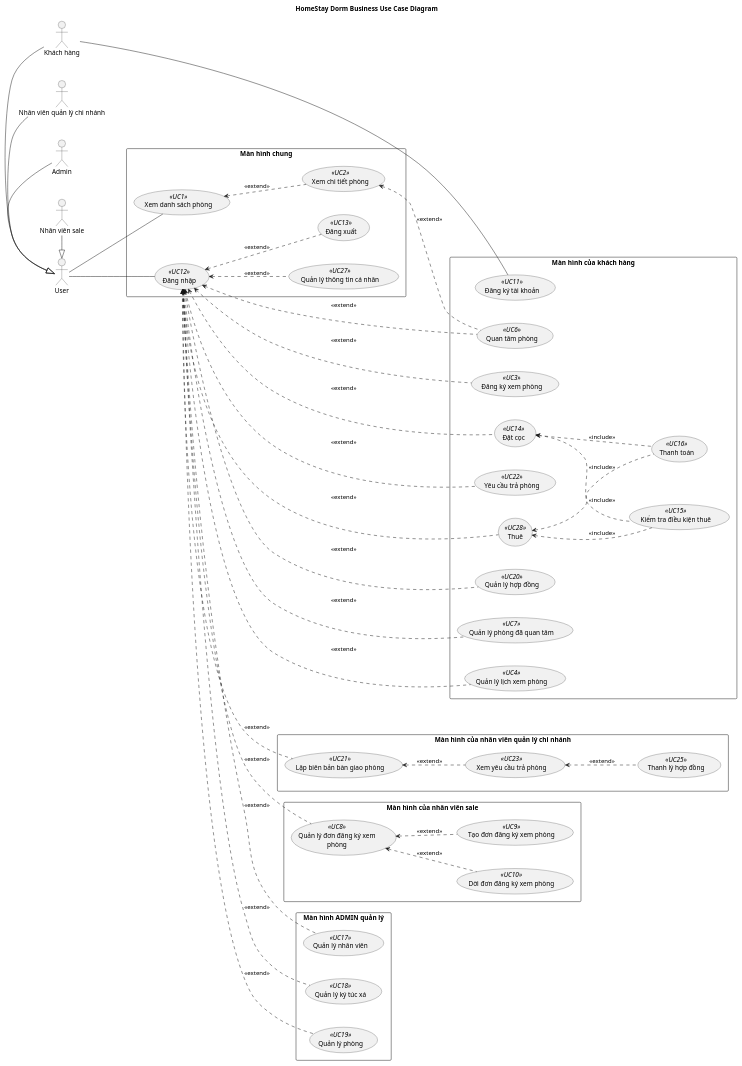
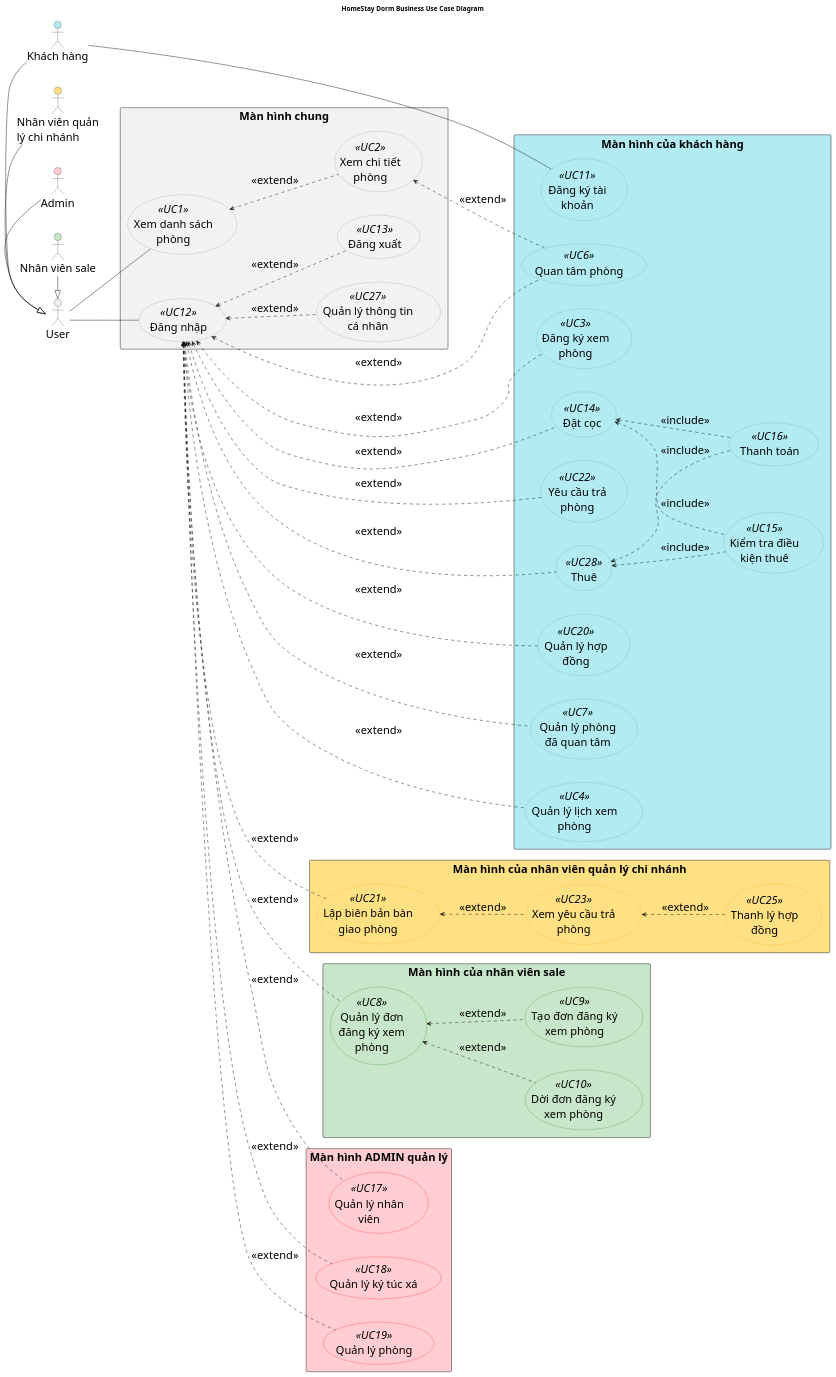
Before and after one commit to Gnourt812005/HCMUS-Analyze-and-desgin-IS: the diagram in doc/system/use-case/Main_UseCaseDiagram.wsd, drawn with PlantUML. The commit also changed 6 other files, not shown here.

```diff
--- a/doc/system/use-case/Main_UseCaseDiagram.wsd
+++ b/doc/system/use-case/Main_UseCaseDiagram.wsd
@@ -1,119 +1,123 @@
 @startuml Main_UseCaseDiagram
 title HomeStay Dorm Business Use Case Diagram
 skinparam packageStyle rectangle
 
 ' --- SETUP LAYOUT ---
 ' skinparam linetype ortho
 ' skinparam nodesep 60
 ' skinparam ranksep 80
 ' skinparam wrapWidth 200
+' --- STYLE CONFIGURATION ---
+skinparam {
+    DefaultFontSize 24
+}
 
 
 skinparam nodesep 50
 skinparam ranksep 60
 skinparam wrapWidth 200
 
 ' Direction
 left to right direction
 
 ' Define B.Actors
-actor "Khách hàng" as customer
-actor "Nhân viên sale" as employee_sale
-actor "Nhân viên quản lý chi nhánh" as employee_manager
-actor "Admin" as admin
-actor "User" as user
+actor "Khách hàng" as customer #B2EBF2
+actor "Nhân viên sale" as employee_sale #C8E6C9
+actor "Nhân viên quản lý chi nhánh" as employee_manager #FFE082
+actor "Admin" as admin #FFCDD2
+actor "User" as user #F2F2F2
 
 customer -|> user
 employee_sale -|> user
 employee_manager -|> user
 admin -|> user
 
 ' Entity Managment Use-case'Họ và tên
 ' Admin Use-case'
 
-rectangle "Màn hình chung" {
-  usecase "Đăng nhập" as UC_DangNhap <<UC12>>
-  usecase "Đăng xuất" as UC_DangXuat <<UC13>>
-  usecase "Quản lý thông tin cá nhân" as UC_QuanLyThongTinCaNhan <<UC27>>
-  usecase "Xem danh sách phòng" as UC_XemDanhSachPhong <<UC1>>
-  usecase "Xem chi tiết phòng" as UC_XemChiTietPhong <<UC2>>
+rectangle "Màn hình chung" #F2F2F2 {
+  usecase "Đăng nhập" as UC_DangNhap <<UC12>> #F2F2F2;line:gray
+  usecase "Đăng xuất" as UC_DangXuat <<UC13>> #F2F2F2;line:gray
+  usecase "Quản lý thông tin cá nhân" as UC_QuanLyThongTinCaNhan <<UC27>> #F2F2F2;line:gray
+  usecase "Xem danh sách phòng" as UC_XemDanhSachPhong <<UC1>> #F2F2F2;line:gray
+  usecase "Xem chi tiết phòng" as UC_XemChiTietPhong <<UC2>> #F2F2F2;line:gray
 
   user -- UC_DangNhap
   UC_DangNhap <.. UC_DangXuat: <<extend>>
   UC_DangNhap <.. UC_QuanLyThongTinCaNhan: <<extend>>
   user -- UC_XemDanhSachPhong
   UC_XemDanhSachPhong <.. UC_XemChiTietPhong: <<extend>>
 }
 
-rectangle "Màn hình của nhân viên quản lý chi nhánh" {
-  usecase "Lập biên bản bàn giao phòng" as UC_LapBienBanBanGiaoPhong <<UC21>>
-  usecase "Xem yêu cầu trả phòng" as UC_XemYeuCauTraPhong <<UC23>>
-  usecase "Thanh lý hợp đồng" as UC_ThanhLyHopDong <<UC25>>  
+rectangle "Màn hình của nhân viên quản lý chi nhánh" #FFE082 {
+  usecase "Lập biên bản bàn giao phòng" as UC_LapBienBanBanGiaoPhong <<UC21>> #FFE082;line:Orange
+  usecase "Xem yêu cầu trả phòng" as UC_XemYeuCauTraPhong <<UC23>> #FFE082;line:Orange
+  usecase "Thanh lý hợp đồng" as UC_ThanhLyHopDong <<UC25>> #FFE082;line:Orange
 
   UC_DangNhap <.. UC_LapBienBanBanGiaoPhong: <<extend>>
   UC_LapBienBanBanGiaoPhong <.. UC_XemYeuCauTraPhong: <<extend>>
   UC_XemYeuCauTraPhong <.. UC_ThanhLyHopDong: <<extend>>
 }
 
-rectangle "Màn hình của nhân viên sale" {
-  usecase "Quản lý đơn đăng ký xem phòng" as UC_QuanLyDonDangKyXemPhong <<UC8>>
-  usecase "Dời đơn đăng ký xem phòng" as UC_DoiDonDangKyXemPhong <<UC10>>
-  usecase "Tạo đơn đăng ký xem phòng" as UC_TaoDonDangKyXemPhong <<UC9>>
+rectangle "Màn hình của nhân viên sale" #C8E6C9 {
+  usecase "Quản lý đơn đăng ký xem phòng" as UC_QuanLyDonDangKyXemPhong <<UC8>> #C8E6C9;line:Green
+  usecase "Dời đơn đăng ký xem phòng" as UC_DoiDonDangKyXemPhong <<UC10>> #C8E6C9;line:Green
+  usecase "Tạo đơn đăng ký xem phòng" as UC_TaoDonDangKyXemPhong <<UC9>> #C8E6C9;line:Green
 
   UC_DangNhap <.. UC_QuanLyDonDangKyXemPhong: <<extend>>
   UC_QuanLyDonDangKyXemPhong <.. UC_DoiDonDangKyXemPhong: <<extend>>
   UC_QuanLyDonDangKyXemPhong <.. UC_TaoDonDangKyXemPhong: <<extend>>
 }
 
 ' Customer sub-system'
-rectangle "Màn hình của khách hàng" {
-  usecase "Đăng ký tài khoản" as UC_DangKy <<UC11>>
-  usecase "Đăng ký xem phòng" as UC_DangKyXemPhong <<UC3>>
-  usecase "Đặt cọc" as UC_DatCoc <<UC14>>
-  usecase "Kiểm tra điều kiện thuê" as UC_KiemTraDieuKienThue <<UC15>>
+rectangle "Màn hình của khách hàng" #B2EBF2 {
+  usecase "Đăng ký tài khoản" as UC_DangKy <<UC11>> #B2EBF2;line:CadetBlue
+  usecase "Đăng ký xem phòng" as UC_DangKyXemPhong <<UC3>> #B2EBF2;line:CadetBlue
+  usecase "Đặt cọc" as UC_DatCoc <<UC14>> #B2EBF2;line:CadetBlue
+  usecase "Kiểm tra điều kiện thuê" as UC_KiemTraDieuKienThue <<UC15>> #B2EBF2;line:CadetBlue
 
-  usecase "Yêu cầu trả phòng" as UC_YeuCauTraPhong <<UC22>>
-  usecase "Thanh toán" as UC_ThanhToan <<UC16>>
+  usecase "Yêu cầu trả phòng" as UC_YeuCauTraPhong <<UC22>> #B2EBF2;line:CadetBlue
+  usecase "Thanh toán" as UC_ThanhToan <<UC16>> #B2EBF2;line:CadetBlue
 
-  usecase "Thuê" as UC_Thue <<UC28>>
-  usecase "Quản lý hợp đồng" as UC_QuanLyHopDong <<UC20>>  
-  usecase "Quản lý phòng đã quan tâm" as UC_QuanLyPhongDaQuanTam <<UC7>>
-  usecase "Quản lý lịch xem phòng" as UC_QuanLyLichXemPhong <<UC4>>
-  usecase "Quan tâm phòng" as UC_QuanTamPhong <<UC6>>
+  usecase "Thuê" as UC_Thue <<UC28>> #B2EBF2;line:CadetBlue
+  usecase "Quản lý hợp đồng" as UC_QuanLyHopDong <<UC20>> #B2EBF2;line:CadetBlue
+  usecase "Quản lý phòng đã quan tâm" as UC_QuanLyPhongDaQuanTam <<UC7>> #B2EBF2;line:CadetBlue
+  usecase "Quản lý lịch xem phòng" as UC_QuanLyLichXemPhong <<UC4>> #B2EBF2;line:CadetBlue
+  usecase "Quan tâm phòng" as UC_QuanTamPhong <<UC6>> #B2EBF2;line:CadetBlue
 
   customer -- UC_DangKy
 
   UC_DangNhap <.. UC_DatCoc: <<extend>>
   UC_DatCoc <.. UC_KiemTraDieuKienThue: <<include>>
   UC_DatCoc <.. UC_ThanhToan: <<include>>
 
   UC_DangNhap <.. UC_Thue: <<extend>>
   UC_Thue <.. UC_ThanhToan: <<include>>
   UC_Thue <.. UC_KiemTraDieuKienThue: <<include>>
 
   UC_DangNhap <.. UC_YeuCauTraPhong: <<extend>>
   UC_DangNhap <.. UC_QuanLyHopDong: <<extend>>
   UC_DangNhap <.. UC_QuanLyPhongDaQuanTam: <<extend>>
   UC_DangNhap <.. UC_QuanLyLichXemPhong: <<extend>>
   UC_DangNhap <.. UC_DangKyXemPhong: <<extend>>
   UC_DangNhap <.. UC_QuanTamPhong: <<extend>>
   UC_XemChiTietPhong <.. UC_QuanTamPhong: <<extend>>
 }
 
 ' usecase "Xử lý nhận phòng" as UC_XuLyNhanPhong
 
 ' usecase "Tính khoản hoàn cọc và khấu trừ" as UC_TinhHoanCocKhauTru
 
 ' Actor - Main Use Cases Associations
 
-rectangle "Màn hình ADMIN quản lý" {
-  usecase "Quản lý ký túc xá" as UC_QuanLyKyTucXa <<UC18>>
-  usecase "Quản lý phòng" as UC_QuanLyPhong <<UC19>>
-  usecase "Quản lý nhân viên" as UC_QuanLyNhanVien <<UC17>>
+rectangle "Màn hình ADMIN quản lý" #FFCDD2 {
+  usecase "Quản lý ký túc xá" as UC_QuanLyKyTucXa <<UC18>> #FFCDD2;line:Red
+  usecase "Quản lý phòng" as UC_QuanLyPhong <<UC19>> #FFCDD2;line:Red
+  usecase "Quản lý nhân viên" as UC_QuanLyNhanVien <<UC17>> #FFCDD2;line:Red
 
   UC_DangNhap <.. UC_QuanLyKyTucXa: <<extend>>
   UC_DangNhap <.. UC_QuanLyPhong: <<extend>>
   UC_DangNhap <.. UC_QuanLyNhanVien: <<extend>>
 }
 
 @enduml
```
